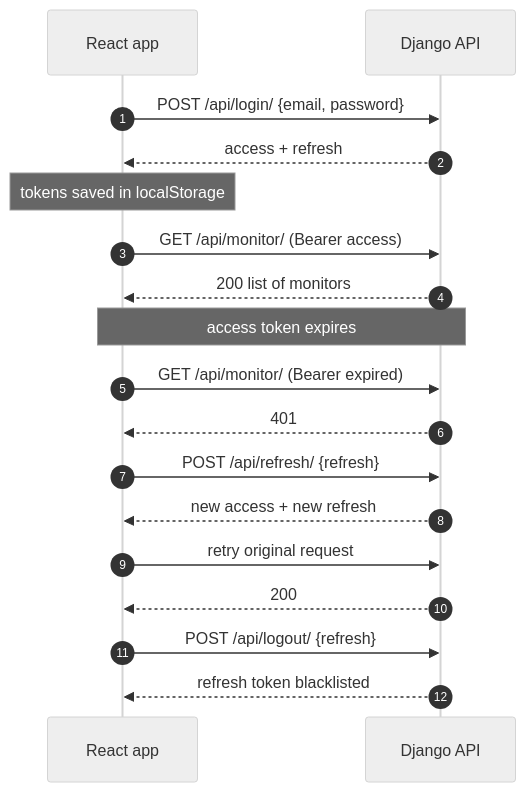
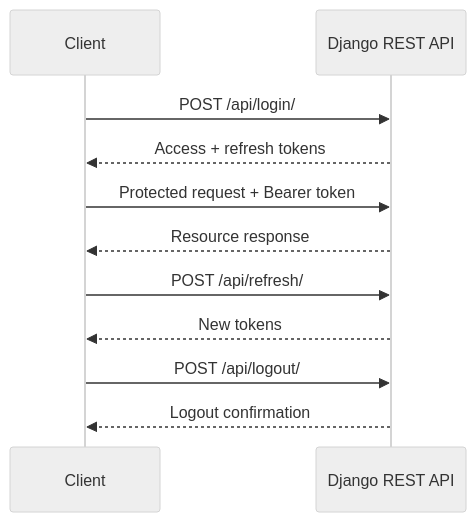
The fifth of 7 diagrams in README.md (maZen04/codveda-python-internship), drawn with Mermaid (neutral theme) before and after one commit. The commit also changed other lines of this file, not shown here.

````diff
--- a/README.md
+++ b/README.md
@@ -209,24 +191,17 @@
 ```mermaid
 sequenceDiagram
-    autonumber
-    participant FE as React app
-    participant API as Django API
+    participant Client
+    participant API as Django REST API
 
-    FE->>API: POST /api/login/ {email, password}
-    API-->>FE: access + refresh
-    Note over FE: tokens saved in localStorage
+    Client->>API: POST /api/login/
+    API-->>Client: Access + refresh tokens
 
-    FE->>API: GET /api/monitor/ (Bearer access)
-    API-->>FE: 200 list of monitors
+    Client->>API: Protected request + Bearer token
+    API-->>Client: Resource response
 
-    Note over FE,API: access token expires
-    FE->>API: GET /api/monitor/ (Bearer expired)
-    API-->>FE: 401
-    FE->>API: POST /api/refresh/ {refresh}
-    API-->>FE: new access + new refresh
-    FE->>API: retry original request
-    API-->>FE: 200
+    Client->>API: POST /api/refresh/
+    API-->>Client: New tokens
 
-    FE->>API: POST /api/logout/ {refresh}
-    API-->>FE: refresh token blacklisted
+    Client->>API: POST /api/logout/
+    API-->>Client: Logout confirmation
 ```
````
